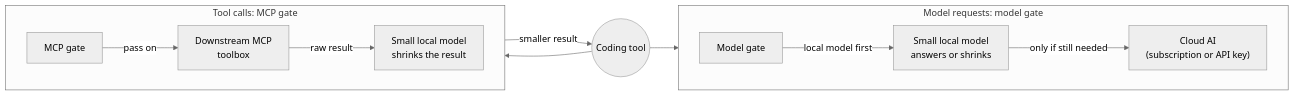
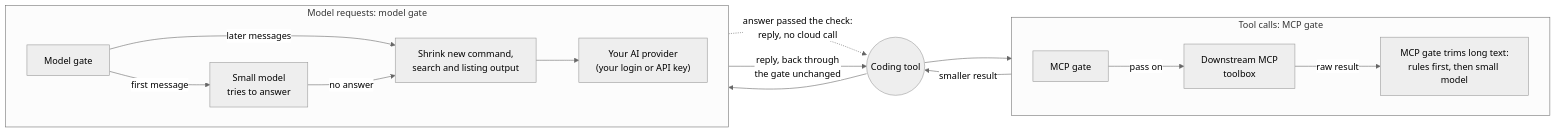
One commit to zenithfoundry/slm-gate changed the first of 5 diagrams in README.md. Above: the diagram before and after it, drawn with Mermaid (neutral theme). The commit also changed other lines of this file, not shown here.

Commit message:
feat(docs): update README to clarify MCP and model gate functionalities

````diff
--- a/README.md
+++ b/README.md
@@ -96,20 +96,24 @@
 ```mermaid
 flowchart LR
   tool(("Coding tool"))
 
   subgraph mcpRow["Tool calls: MCP gate"]
     direction LR
     mcp["MCP gate"] -->|"pass on"| toolbox["Downstream MCP<br/>toolbox"]
-    toolbox -->|"raw result"| slm1["Small local model<br/>shrinks the result"]
+    toolbox -->|"raw result"| trim["MCP gate trims long text:<br/>rules first, then small model"]
   end
 
   subgraph llmRow["Model requests: model gate"]
     direction LR
-    llm["Model gate"] -->|"local model first"| slm2["Small local model<br/>answers or shrinks"]
-    slm2 -->|"only if still needed"| cloud["Cloud AI<br/>(subscription or API key)"]
+    llm["Model gate"] -->|"first message"| answer["Small model<br/>tries to answer"]
+    llm -->|"later messages"| shrink["Shrink new command,<br/>search and listing output"]
+    answer -->|"no answer"| shrink
+    shrink --> cloud["Your AI provider<br/>(your login or API key)"]
   end
 
   tool --> mcp
-  slm1 -->|"smaller result"| tool
+  trim -->|"smaller result"| tool
   tool --> llm
+  answer -.->|"answer passed the check:<br/>reply, no cloud call"| tool
+  cloud -->|"reply, back through<br/>the gate unchanged"| tool
 ```
````
